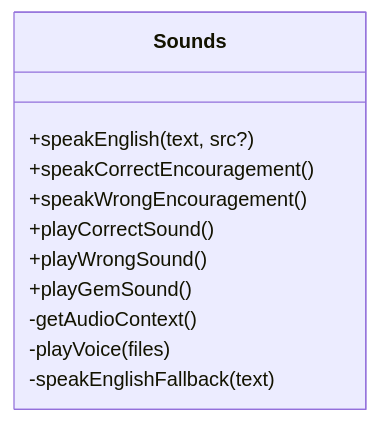
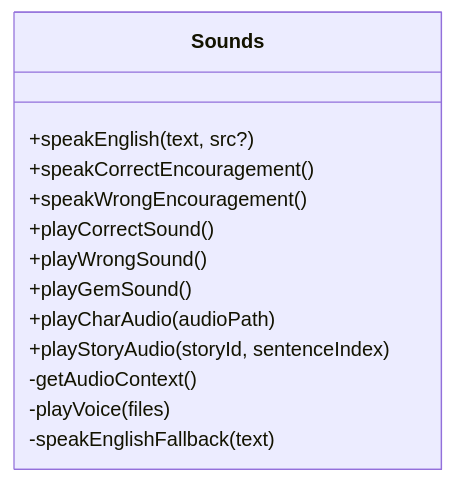
One commit to wudeng2005/rainbow-learning changed the eighth of 10 diagrams in .qoder/repowiki/zh/content/构建与部署/音频生成指南.md. Above: the diagram before and after it, drawn with Mermaid. The commit also changed other lines of this file and 58 other files, not shown here.

Commit message:
feat: UI优化与组件升级 - 新增DreamBackground梦幻背景组件 - 优化BottomNav、DailyComplete、Layout等组件样式 - 更新汉字/数学/英语学习页面交互体验 - 优化ProgressBar、OptionCard等通用组件 - 更新音频播放与数据库同步逻辑 - 新增封面图片资源 - 更新知识库文档

````diff
--- a/.qoder/repowiki/zh/content/构建与部署/音频生成指南.md
+++ b/.qoder/repowiki/zh/content/构建与部署/音频生成指南.md
@@ -263,14 +377,16 @@
 ```mermaid
 classDiagram
 class Sounds {
 +speakEnglish(text, src?)
 +speakCorrectEncouragement()
 +speakWrongEncouragement()
 +playCorrectSound()
 +playWrongSound()
 +playGemSound()
++playCharAudio(audioPath)
++playStoryAudio(storyId, sentenceIndex)
 -getAudioContext()
 -playVoice(files)
 -speakEnglishFallback(text)
 }
 ```
````
